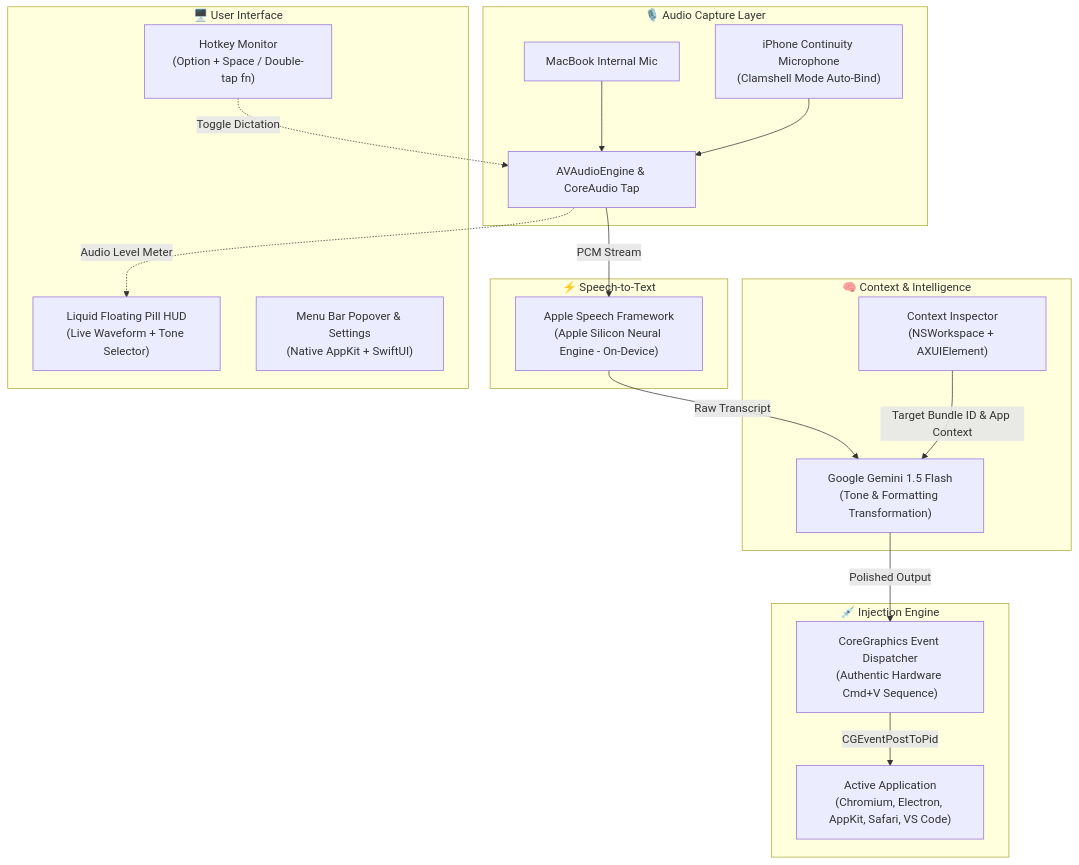
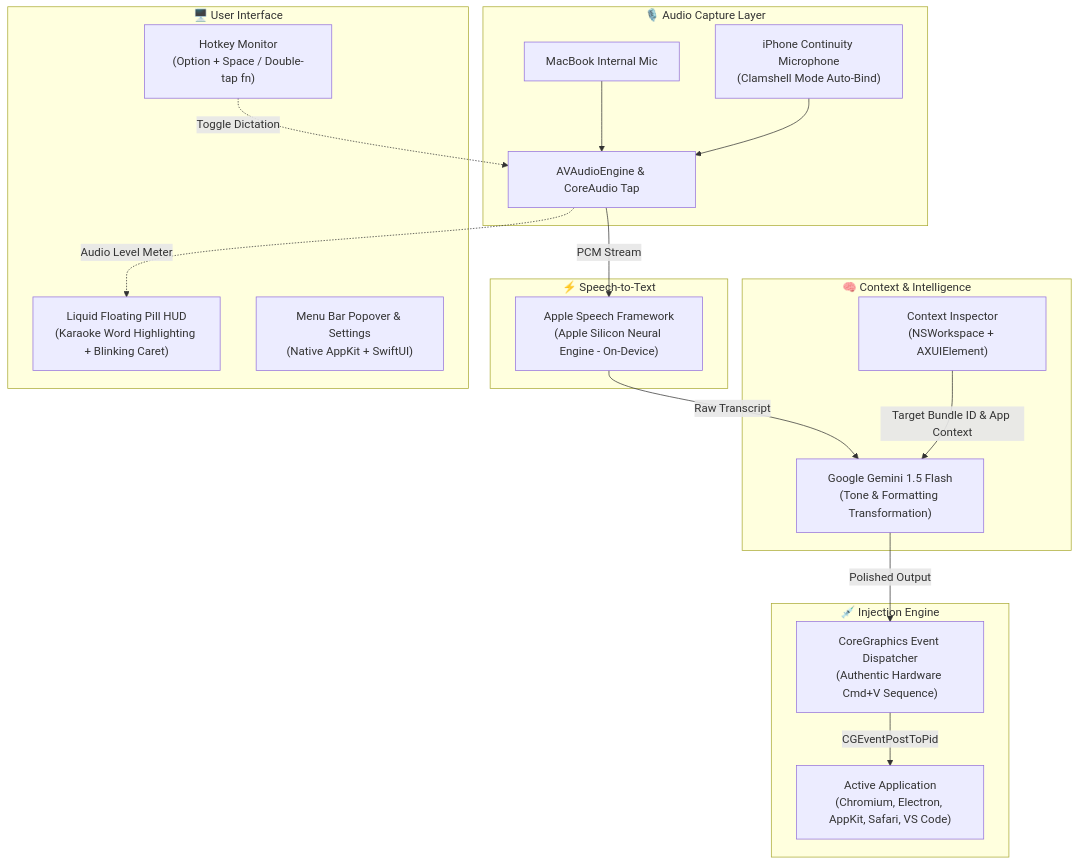
One commit to vineetsansare/LeapWispr changed the diagram in README.md. Above: the diagram before and after it, drawn with Mermaid. The commit also changed other lines of this file and 10 other files, not shown here.

````diff
--- a/README.md
+++ b/README.md
@@ -29,40 +29,40 @@
 ```mermaid
 flowchart TD
     subgraph Audio["🎙️ Audio Capture Layer"]
         A1["MacBook Internal Mic"]
         A2["iPhone Continuity Microphone<br/>(Clamshell Mode Auto-Bind)"]
         AudioEngine["AVAudioEngine & CoreAudio Tap"]
         A1 --> AudioEngine
         A2 --> AudioEngine
     end
 
     subgraph Speech["⚡ Speech-to-Text"]
         AppleSpeech["Apple Speech Framework<br/>(Apple Silicon Neural Engine - On-Device)"]
         AudioEngine -->|"PCM Stream"| AppleSpeech
     end
 
     subgraph Context["🧠 Context & Intelligence"]
         AppInspector["Context Inspector<br/>(NSWorkspace + AXUIElement)"]
         GeminiFlash["Google Gemini 1.5 Flash<br/>(Tone & Formatting Transformation)"]
         
         AppleSpeech -->|"Raw Transcript"| GeminiFlash
         AppInspector -->|"Target Bundle ID & App Context"| GeminiFlash
     end
 
     subgraph Injection["💉 Injection Engine"]
         TargetApp["Active Application<br/>(Chromium, Electron, AppKit, Safari, VS Code)"]
         CGInjector["CoreGraphics Event Dispatcher<br/>(Authentic Hardware Cmd+V Sequence)"]
         
         GeminiFlash -->|"Polished Output"| CGInjector
         CGInjector -->|"CGEventPostToPid"| TargetApp
     end
 
     subgraph UI["🖥️ User Interface"]
-        HUD["Liquid Floating Pill HUD<br/>(Live Waveform + Tone Selector)"]
+        HUD["Liquid Floating Pill HUD<br/>(Karaoke Word Highlighting + Blinking Caret)"]
         MenuBar["Menu Bar Popover & Settings<br/>(Native AppKit + SwiftUI)"]
         Hotkey["Hotkey Monitor<br/>(Option + Space / Double-tap fn)"]
     end
 
     Hotkey -.->|"Toggle Dictation"| AudioEngine
     AudioEngine -.->|"Audio Level Meter"| HUD
 ```
````
